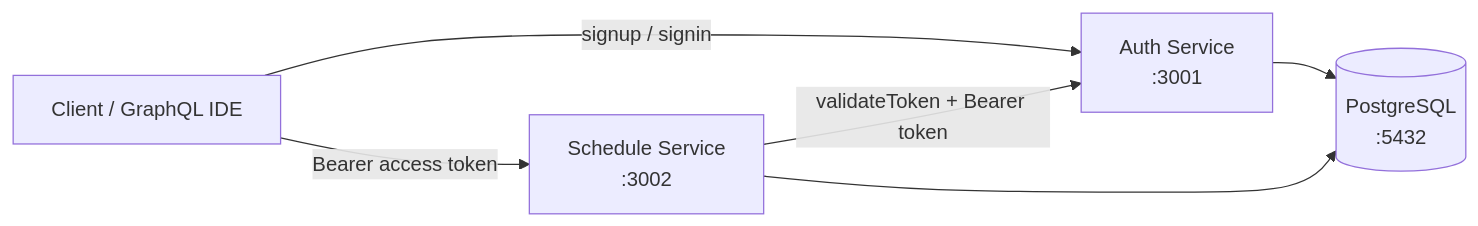
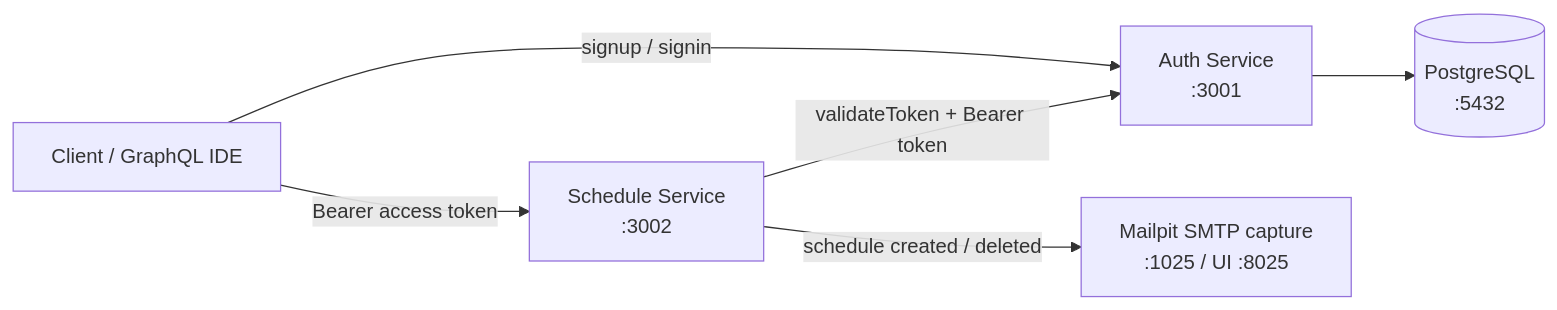
One commit to fikrinadrian/healthcare-scheduling changed the diagram in README.md. Above: the diagram before and after it, drawn with Mermaid. The commit also changed other lines of this file and 8 other files, not shown here.

````diff
--- a/README.md
+++ b/README.md
@@ -14,13 +15,14 @@
 ```mermaid
 flowchart LR
     Client[Client / GraphQL IDE]
     Auth[Auth Service<br/>:3001]
     Schedule[Schedule Service<br/>:3002]
     DB[(PostgreSQL<br/>:5432)]
+    Mailpit[Mailpit SMTP capture<br/>:1025 / UI :8025]
 
     Client -->|signup / signin| Auth
     Client -->|Bearer access token| Schedule
     Schedule -->|validateToken + Bearer token| Auth
     Auth --> DB
-    Schedule --> DB
+    Schedule -->|schedule created / deleted| Mailpit
 ```
````
